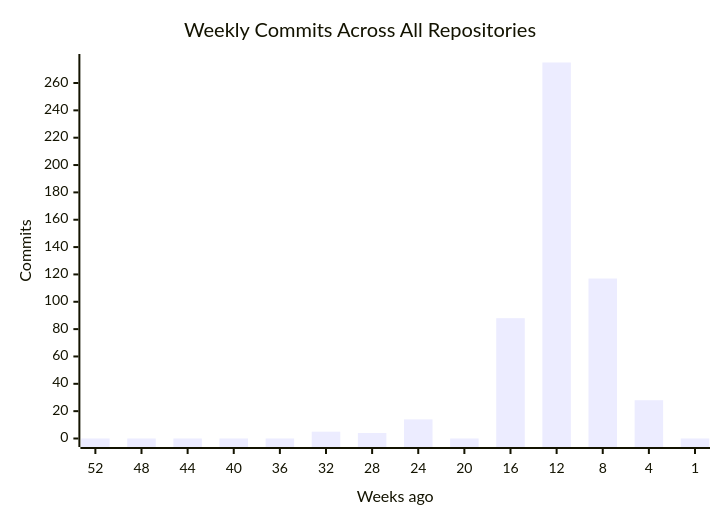
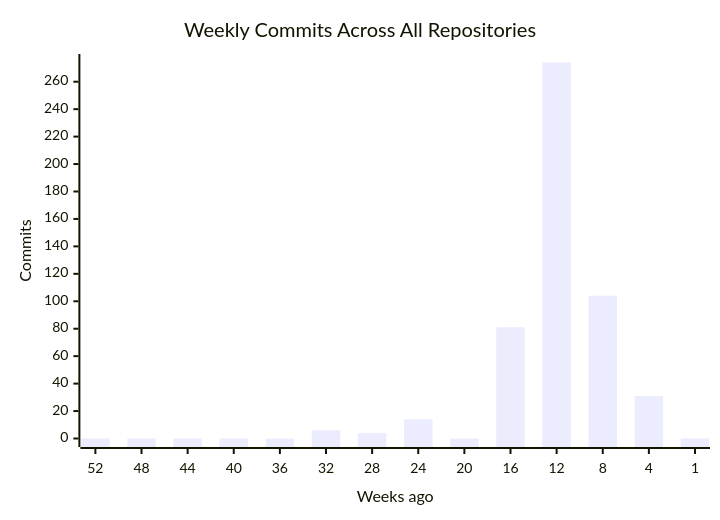
Before and after one commit to CSTH-Projects/.github: the first of 4 diagrams in profile/README.md, drawn with Mermaid. The commit also changed other lines of this file, not shown here.

````diff
--- a/profile/README.md
+++ b/profile/README.md
@@ -16,7 +16,7 @@
 ```mermaid
 xychart-beta
     title "Weekly Commits Across All Repositories"
     x-axis "Weeks ago" [52, 48, 44, 40, 36, 32, 28, 24, 20, 16, 12, 8, 4, 1]
     y-axis "Commits"
-    bar [0, 0, 0, 0, 0, 5, 4, 14, 0, 88, 275, 117, 28, 0]
+    bar [0, 0, 0, 0, 0, 6, 4, 14, 0, 81, 274, 104, 31, 0]
 ```
````
